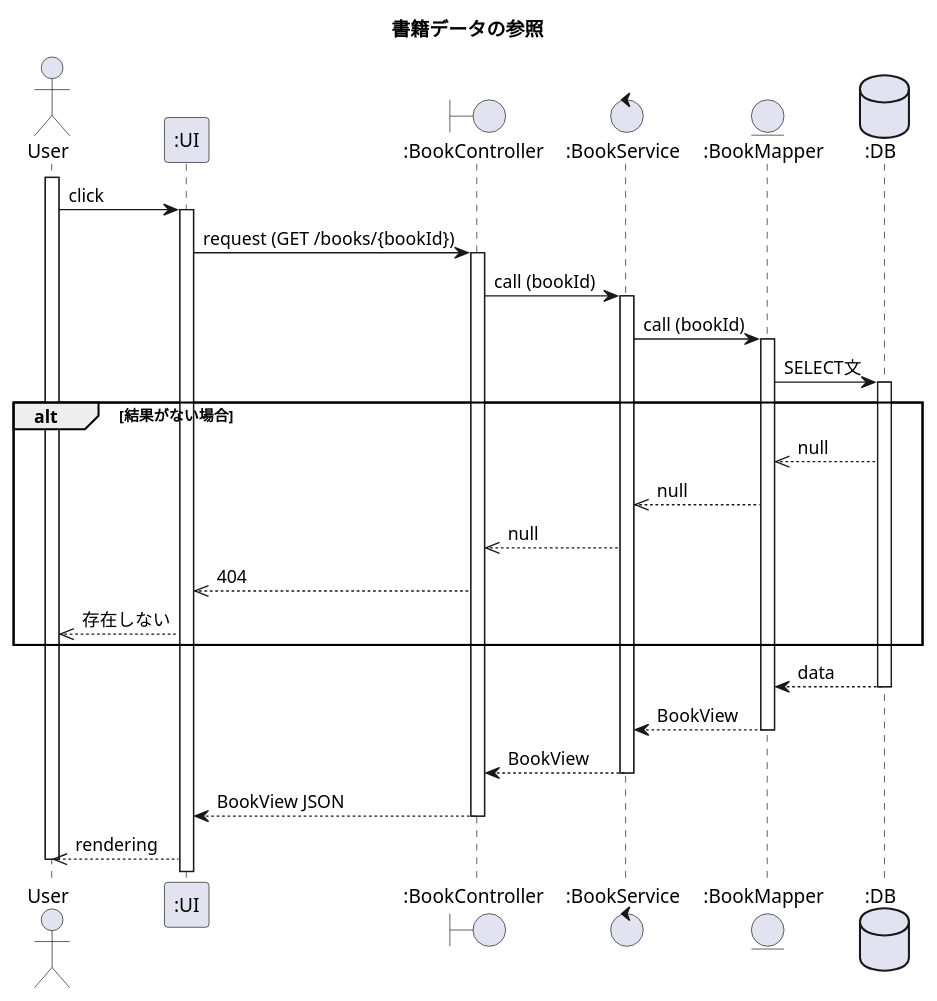
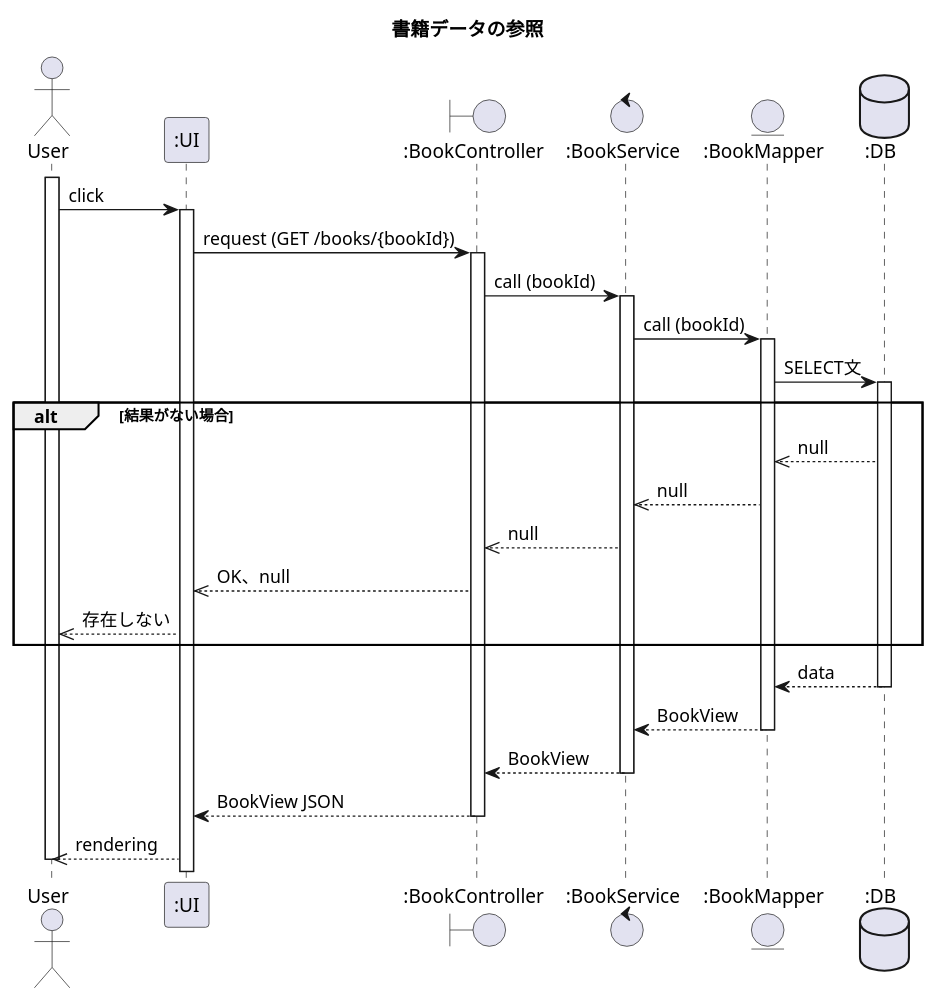
One commit to kien-ri/demo changed the diagram in document/book/getBook.puml. Above: the diagram before and after it, drawn with PlantUML. The commit also changed 3 other files, not shown here.

```diff
--- a/document/book/getBook.puml
+++ b/document/book/getBook.puml
@@ -1,33 +1,33 @@
 @startuml getBook
 
 title 書籍データの参照
 
 actor "User" as User
 participant ":UI" as UI
 boundary ":BookController" as BookController
 control ":BookService" as BookService
 entity ":BookMapper" as BookMapper
 database ":DB" as DB
 
 activate User
 User -> UI : click
 activate UI
 UI -> BookController ++ : request (GET /books/{bookId})
 BookController -> BookService ++ : call (bookId)
 BookService -> BookMapper ++ : call (bookId)
 BookMapper -> DB ++ : SELECT文
 alt 結果がない場合
     DB -->> BookMapper : null
     BookMapper -->> BookService : null
     BookService -->> BookController : null
-    BookController -->> UI : 404
+    BookController -->> UI : OK、null
     UI -->> User : 存在しない
 end
 DB --> BookMapper -- : data
 BookMapper --> BookService -- : BookView
 BookService --> BookController -- : BookView
 BookController --> UI -- : BookView JSON
 UI -->> User : rendering
 deactivate User
 
 @enduml
```
